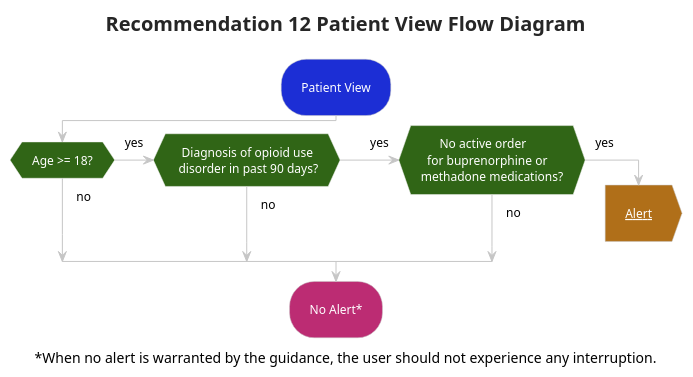
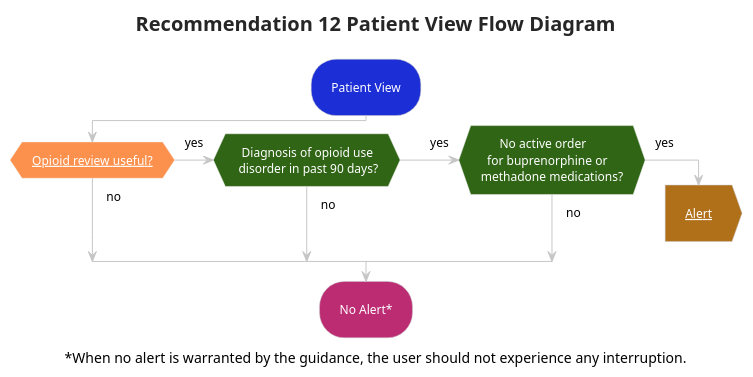
Before and after one commit to cqframework/opioid-cds-r4: the diagram in input/images-source/flow_rec12_patientview.plantuml, drawn with PlantUML. The commit also changed 2 other files, not shown here.

Commit message:
Replaced Patient 18 years or older with opioid review useful subroutine

```diff
--- a/input/images-source/flow_rec12_patientview.plantuml
+++ b/input/images-source/flow_rec12_patientview.plantuml
@@ -1,27 +1,27 @@
 @startuml flow_rec12_patientview
 !theme carbon-gray
 skinparam hyperlinkColor white
 <style>
 activityDiagram {
  FontColor white
  RoundCorner 50
  arrow {
   FontColor: Black
  }
  diamond {
   BackgroundColor #306516
  }
 }
 </style>
 title Recommendation 12 Patient View Flow Diagram
 #1C2ED5:Patient View; 
-if (Age >= 18?) then (no)
+#fc914d:if ([[subroutines.html#opioid-review-useful Opioid review useful?]]) then (no)
 (yes) elseif (  Diagnosis of opioid use\n disorder in past 90 days?) then (no)
 (yes) elseif (      No active order \n  for buprenorphine or \nmethadone medications?) then (no) 
 else (yes) 
 #b06f19:[[user-interaction-alerts.html#recommendation-12-alert Alert]];<<output>>
 kill
 endif
 #BC2C73:No Alert*;
 caption ~*When no alert is warranted by the guidance, the user should not experience any interruption.
 @enduml
```
